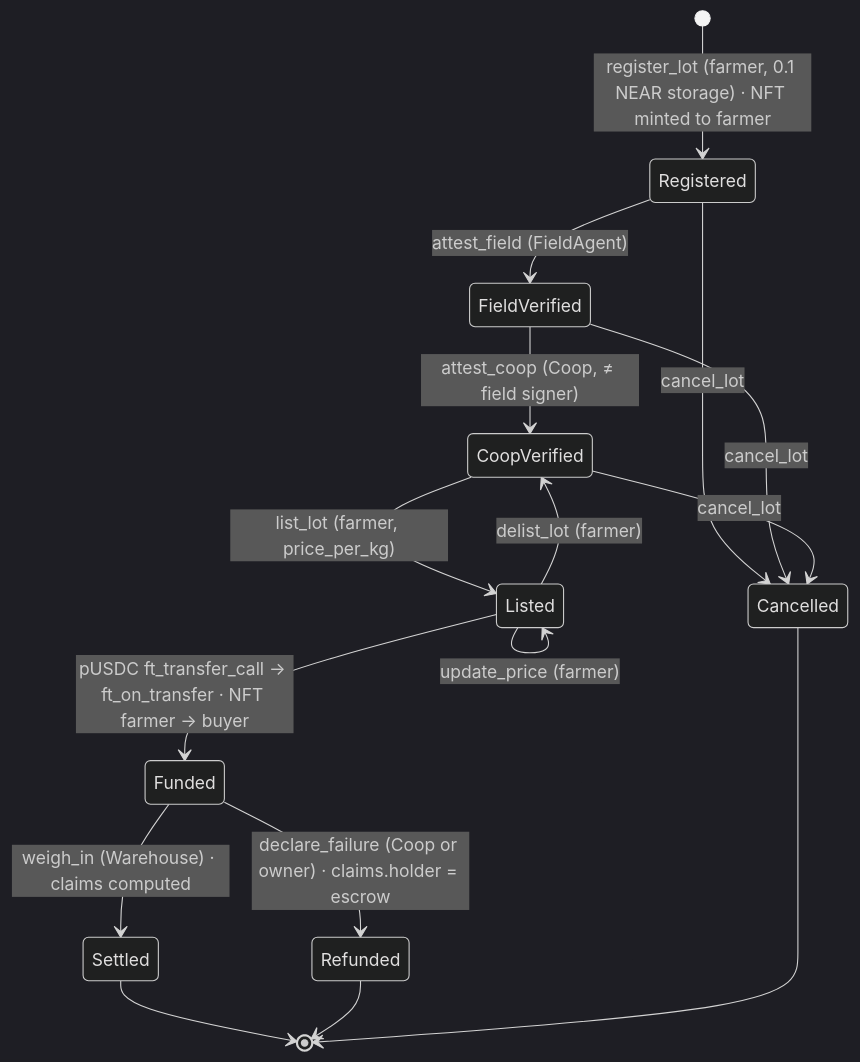
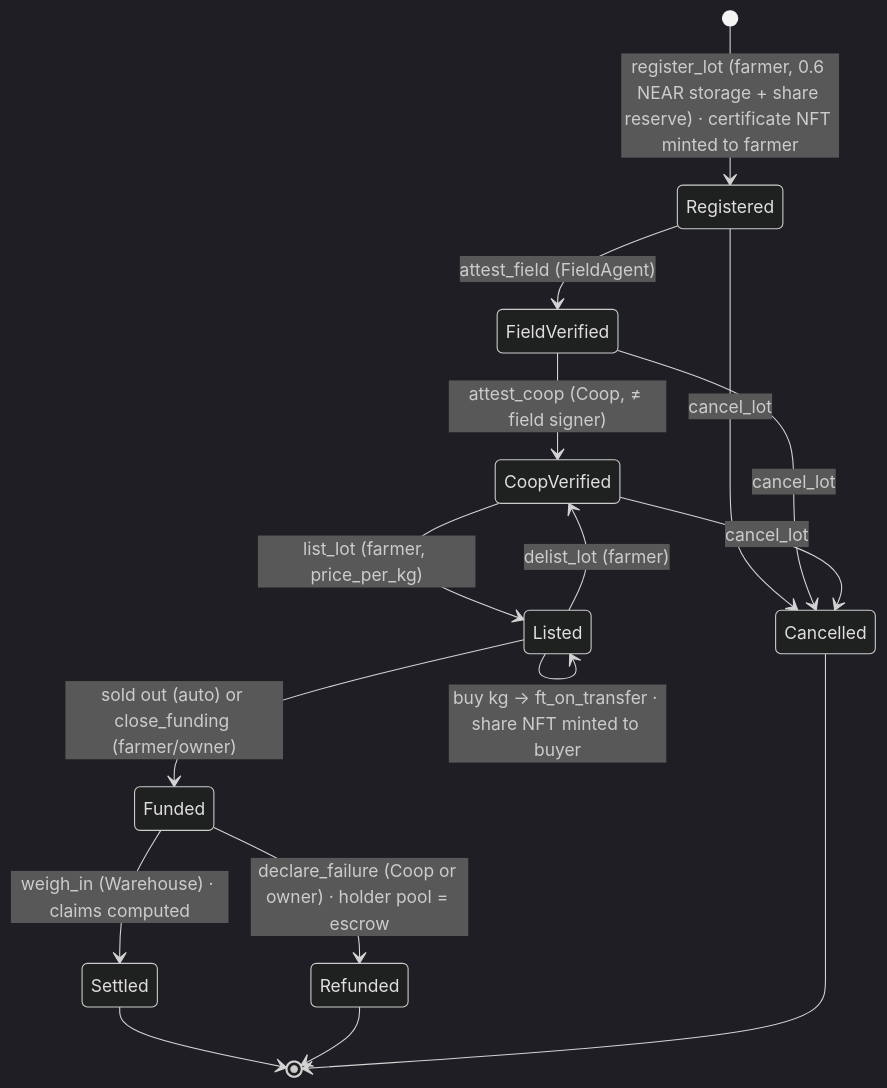
The second of 4 diagrams in docs/ARCHITECTURE.md (hellodanzr/pratala-near), drawn with Mermaid (dark theme) before and after one commit. The commit also changed other lines of this file and 11 other files, not shown here.

````diff
--- a/docs/ARCHITECTURE.md
+++ b/docs/ARCHITECTURE.md
@@ -53,18 +53,19 @@
 ```mermaid
 stateDiagram-v2
-  [*] --> Registered: register_lot (farmer, 0.1 NEAR storage) · NFT minted to farmer
+  [*] --> Registered: register_lot (farmer, 0.6 NEAR storage + share reserve) · certificate NFT minted to farmer
   Registered --> FieldVerified: attest_field (FieldAgent)
   FieldVerified --> CoopVerified: attest_coop (Coop, ≠ field signer)
   CoopVerified --> Listed: list_lot (farmer, price_per_kg)
   Listed --> CoopVerified: delist_lot (farmer)
   Listed --> Listed: update_price (farmer)
-  Listed --> Funded: pUSDC ft_transfer_call → ft_on_transfer · NFT farmer → buyer
+  Listed --> Listed: buy kg → ft_on_transfer · share NFT minted to buyer
+  Listed --> Funded: sold out (auto) or close_funding (farmer/owner)
   Funded --> Settled: weigh_in (Warehouse) · claims computed
-  Funded --> Refunded: declare_failure (Coop or owner) · claims.holder = escrow
+  Funded --> Refunded: declare_failure (Coop or owner) · holder pool = escrow
   Registered --> Cancelled: cancel_lot
   FieldVerified --> Cancelled: cancel_lot
   CoopVerified --> Cancelled: cancel_lot
   Settled --> [*]
   Refunded --> [*]
   Cancelled --> [*]
 ```
````
